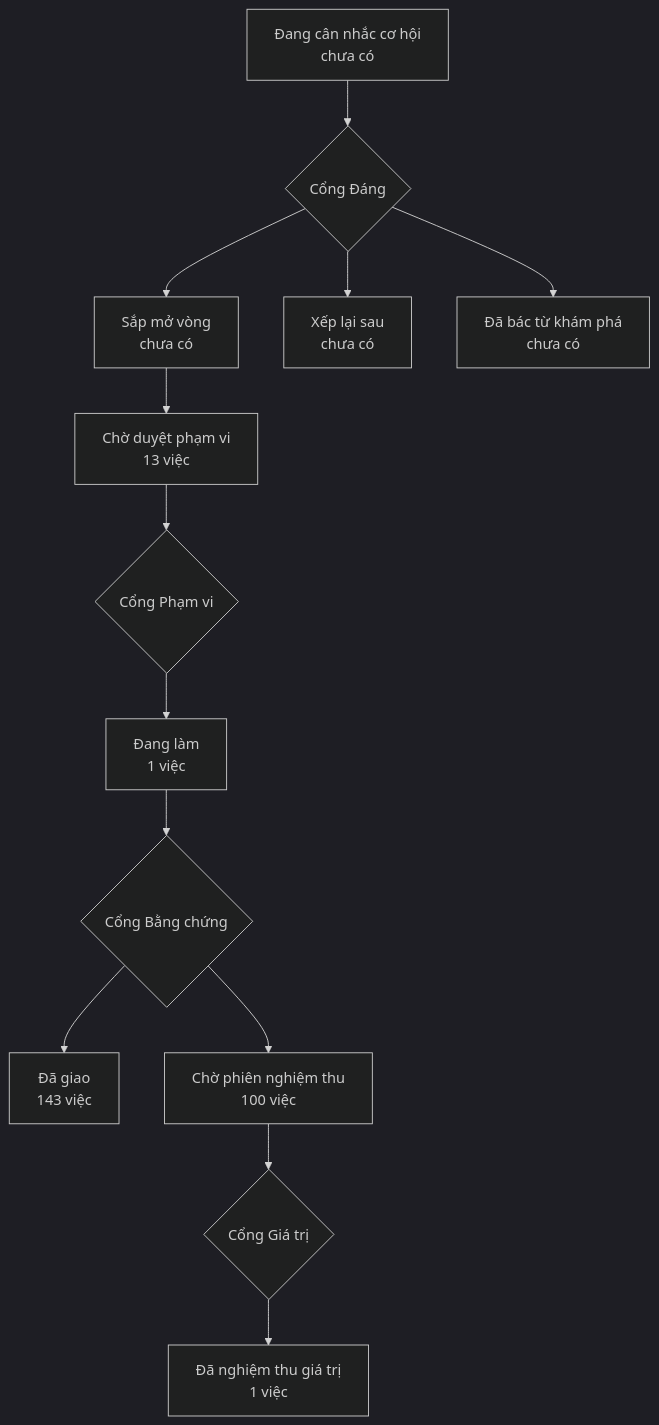
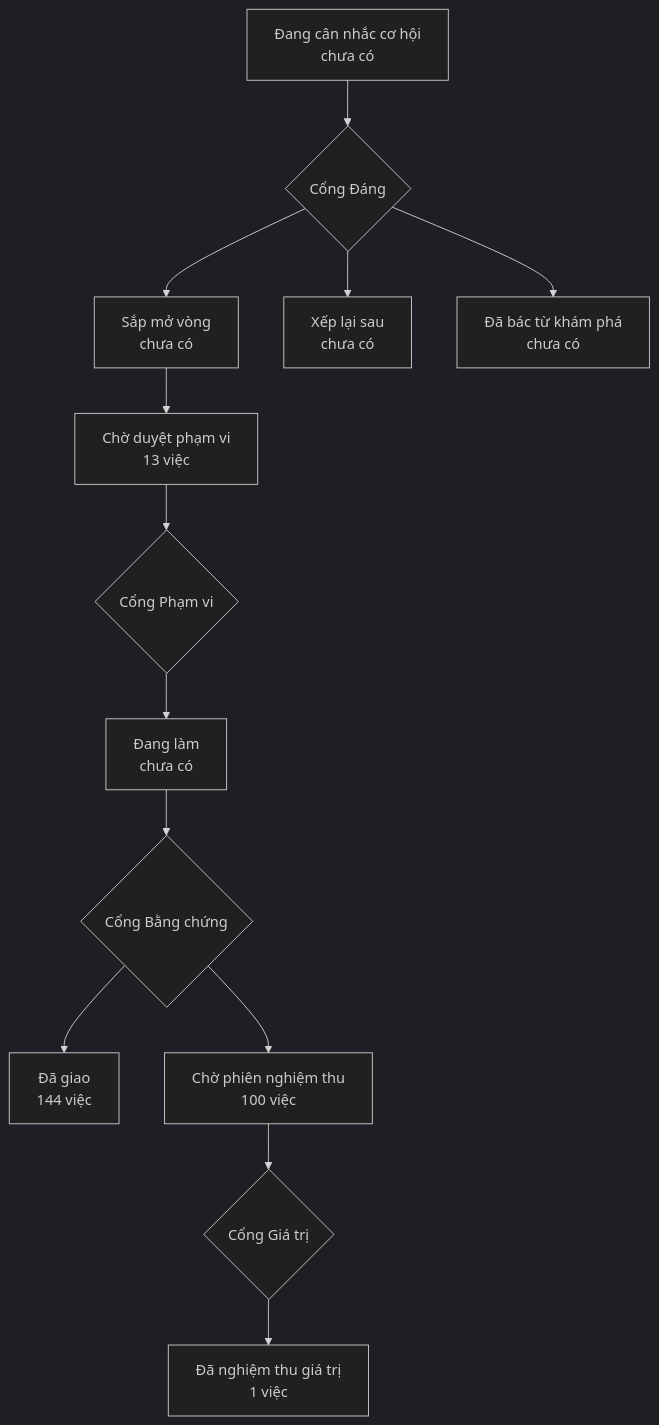
One commit to phanlemanh/onehub-invest changed the diagram in PRODUCT-MAP.md. Above: the diagram before and after it, drawn with Mermaid (dark theme). The commit also changed other lines of this file and 4 other files, not shown here.

````diff
--- a/PRODUCT-MAP.md
+++ b/PRODUCT-MAP.md
@@ -7,12 +7,12 @@
 ```mermaid
 flowchart TD
   A["Đang cân nhắc cơ hội<br/>chưa có"] --> GD{"Cổng Đáng"}
   GD --> B["Sắp mở vòng<br/>chưa có"]
   GD --> XL["Xếp lại sau<br/>chưa có"]
   GD --> DB["Đã bác từ khám phá<br/>chưa có"]
   B --> CD["Chờ duyệt phạm vi<br/>13 việc"] --> GP{"Cổng Phạm vi"}
-  GP --> DL["Đang làm<br/>1 việc"] --> GB{"Cổng Bằng chứng"}
-  GB --> DG["Đã giao<br/>143 việc"]
+  GP --> DL["Đang làm<br/>chưa có"] --> GB{"Cổng Bằng chứng"}
+  GB --> DG["Đã giao<br/>144 việc"]
   GB --> CN["Chờ phiên nghiệm thu<br/>100 việc"] --> GG{"Cổng Giá trị"}
   GG --> NT["Đã nghiệm thu giá trị<br/>1 việc"]
 ```
````
